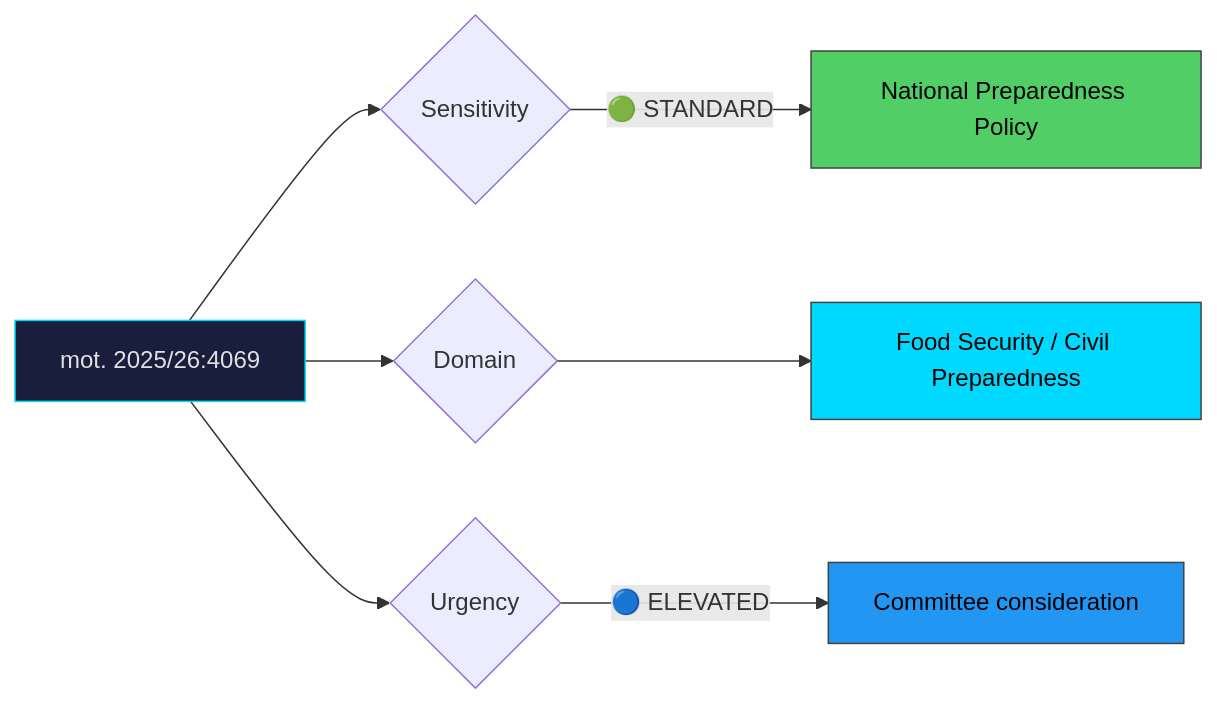
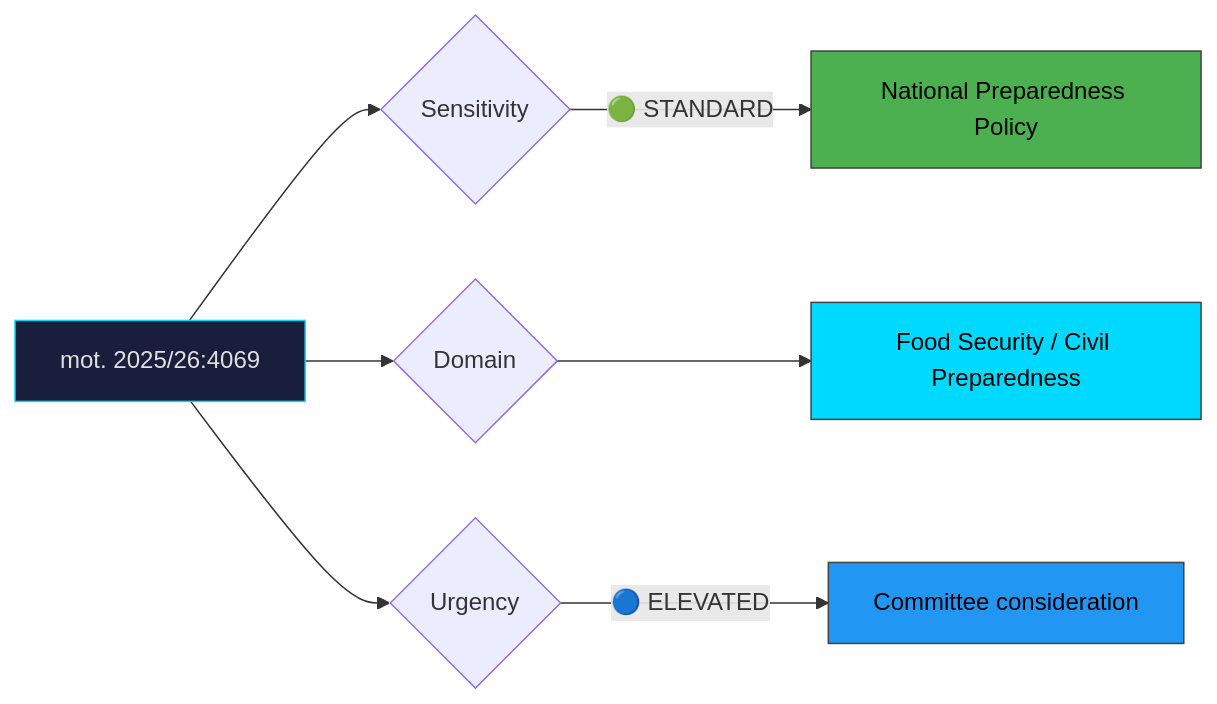
One commit to Hack23/riksdagsmonitor changed the diagram in analysis/daily/2026-04-10/motions/documents/hd024069-analysis.md. Above: the diagram before and after it, drawn with Mermaid. The commit also changed 121 other files, not shown here.

````diff
--- a/analysis/daily/2026-04-10/motions/documents/hd024069-analysis.md
+++ b/analysis/daily/2026-04-10/motions/documents/hd024069-analysis.md
@@ -22,13 +22,13 @@
 ```mermaid
 graph LR
     A["mot. 2025/26:4069"] --> B{Sensitivity}
     B -->|"🟢 STANDARD"| C["National Preparedness Policy"]
     A --> D{Domain}
     D --> E["Food Security / Civil Preparedness"]
     A --> F{Urgency}
     F -->|"🔵 ELEVATED"| G["Committee consideration"]
     style A fill:#1a1e3d,stroke:#00d9ff,color:#e0e0e0
-    style C fill:#51cf66,stroke:#424242,color:#000000
+    style C fill:#4CAF50,stroke:#424242,color:#000000
     style E fill:#00d9ff,stroke:#424242,color:#000000
     style G fill:#2196F3,stroke:#424242,color:#000000
 ```
````
